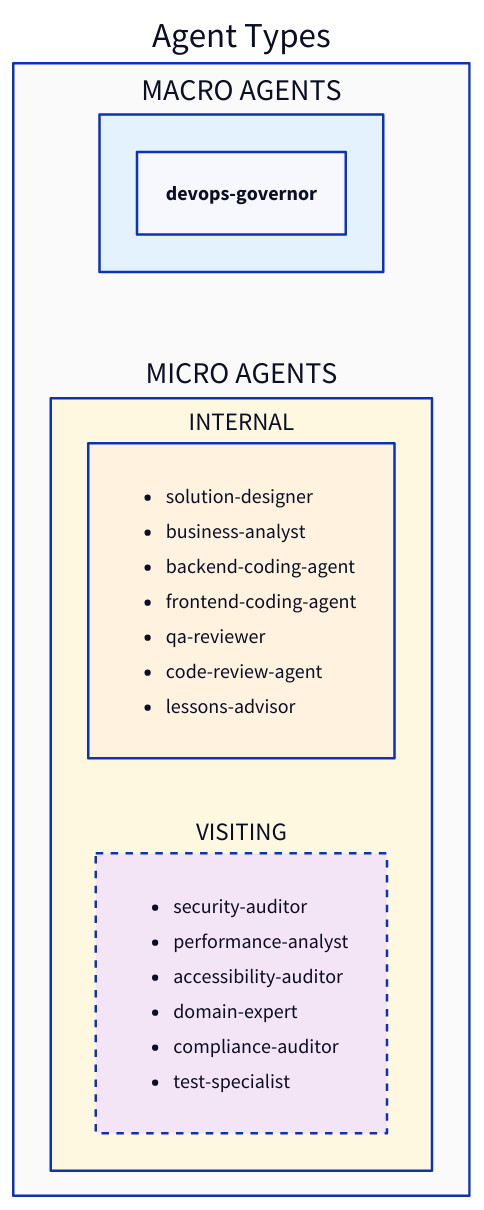
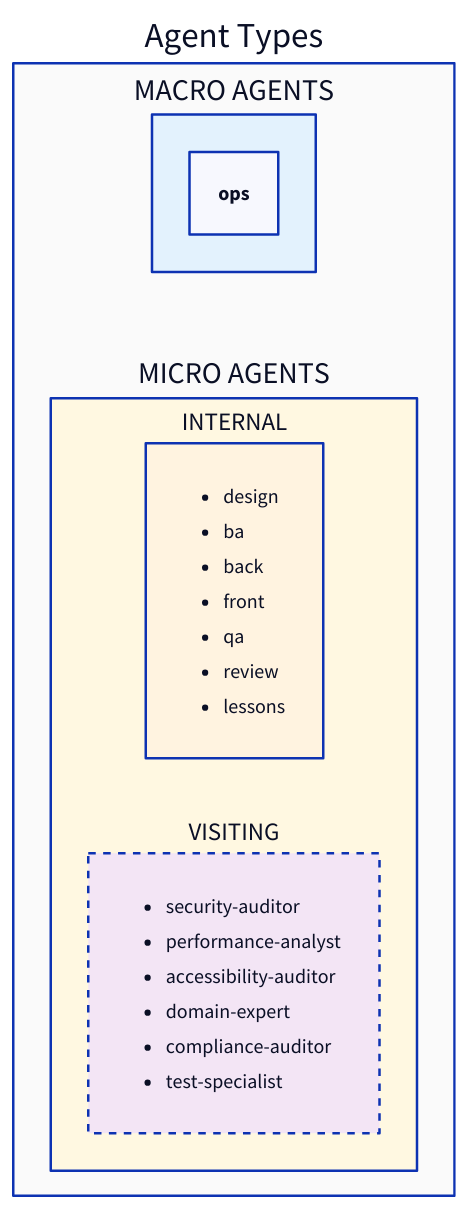
Before and after one commit to nealatnaidoo/claude-agent-framework: the diagram in docs/diagrams/02_agent_types.d2, drawn with D2. The commit also changed 75 other files, not shown here.

```diff
--- a/docs/diagrams/02_agent_types.d2
+++ b/docs/diagrams/02_agent_types.d2
@@ -1,61 +1,61 @@
 direction: right
 
 types: Agent Types {
   style.fill: "#fafafa"
 
   macro: MACRO AGENTS {
     style.fill: "#e3f2fd"
     desc: |md
       - Portfolio-wide scope
       - Enforce cross-project consistency
       - Exclusive deployment permissions
       - Entry: ~/.claude/{domain}/manifest.yaml
     |
 
-    devops: devops-governor
+    devops: ops
   }
 
   micro: MICRO AGENTS {
     style.fill: "#fff8e1"
 
     internal: INTERNAL {
       style.fill: "#fff3e0"
       desc: |md
         - Participate in workflow
         - Can modify artifacts
         - Phase-specific tasks
         - Entry: {project}/.claude/manifest.yaml
       |
 
       agents: |md
-        - solution-designer
-        - business-analyst
-        - backend-coding-agent
-        - frontend-coding-agent
-        - qa-reviewer
-        - code-review-agent
-        - lessons-advisor
+        - design
+        - ba
+        - back
+        - front
+        - qa
+        - review
+        - lessons
       |
     }
 
     visiting: VISITING {
       style.fill: "#f3e5f5"
       style.stroke-dash: 3
       desc: |md
         - Read-only access
         - Cannot modify source code
         - Cannot change workflow phase
         - Entry: {project}/.claude/manifest.yaml
       |
 
       agents: |md
         - security-auditor
         - performance-analyst
         - accessibility-auditor
         - domain-expert
         - compliance-auditor
         - test-specialist
       |
     }
   }
 }
```
